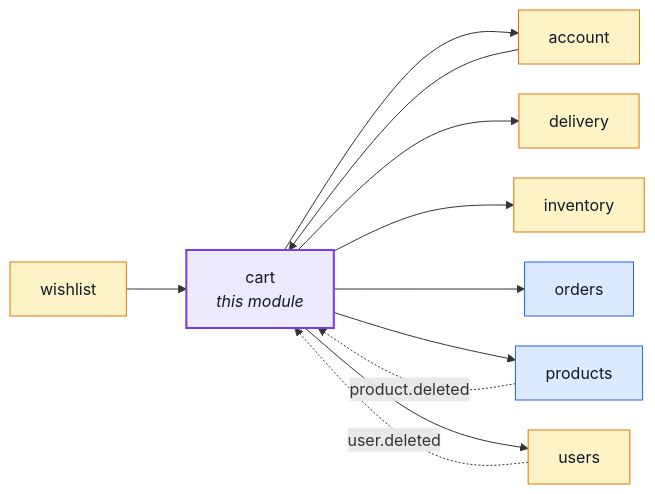
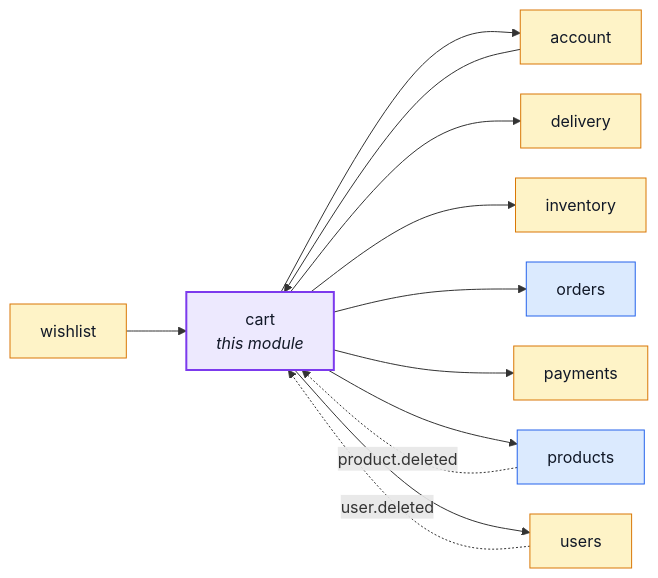
Before and after one commit to Guebbit/boilerplate-node-backend: the first of 2 diagrams in docs/modules/cart.md, drawn with Mermaid. The commit also changed 51 other files, not shown here.

````diff
--- a/docs/modules/cart.md
+++ b/docs/modules/cart.md
@@ -16,31 +16,33 @@
 ```mermaid
 %%{init: {'flowchart': {'nodeSpacing': 30, 'rankSpacing': 60}}}%%
 flowchart LR
     cart["cart<br/><i>this module</i>"]
     account["account"]
     delivery["delivery"]
     inventory["inventory"]
     orders["orders"]
+    payments["payments"]
     products["products"]
     users["users"]
     wishlist["wishlist"]
 
     account --> cart
     wishlist --> cart
     cart --> account
     cart --> delivery
     cart --> inventory
     cart --> orders
+    cart --> payments
     cart --> products
     cart --> users
     products -. "product.deleted" .-> cart
     users -. "user.deleted" .-> cart
 
     classDef core fill:#dbeafe,stroke:#2563eb,color:#111827;
     classDef supporting fill:#fef3c7,stroke:#d97706,color:#111827;
     classDef generic fill:#dcfce7,stroke:#16a34a,color:#111827;
     classDef centre fill:#ede9fe,stroke:#7c3aed,stroke-width:2px,color:#111827;
     class orders,products core;
-    class account,delivery,inventory,users,wishlist supporting;
+    class account,delivery,inventory,payments,users,wishlist supporting;
     class cart centre;
 ```
````
